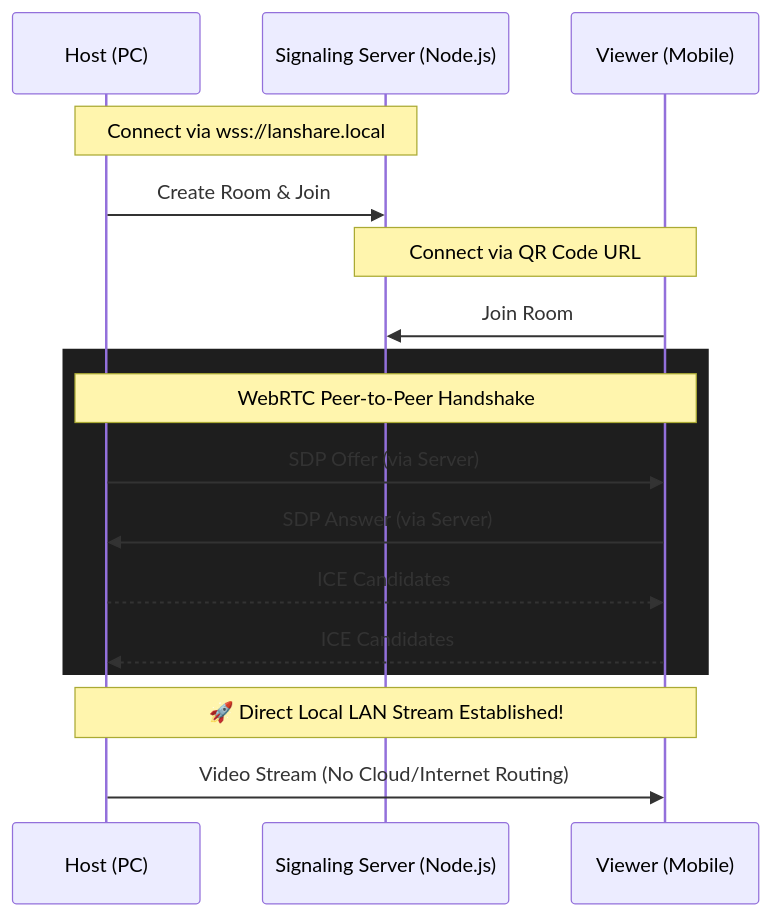
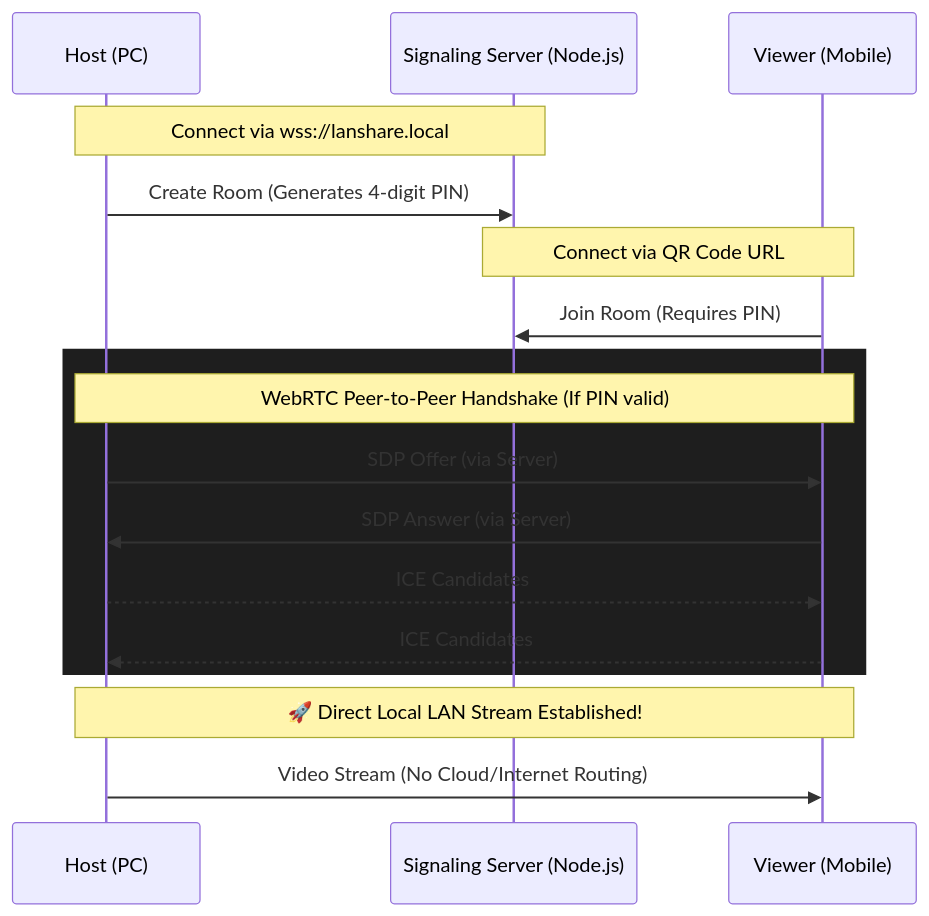
The diagram in README.md (badhonvitality/lanshare), drawn with Mermaid before and after one commit. The commit also changed other lines of this file, not shown here.

Commit message:
docs: update architecture and features for enterprise additions

````diff
--- a/README.md
+++ b/README.md
@@ -54,22 +56,22 @@
 ```mermaid
 sequenceDiagram
     participant H as Host (PC)
     participant S as Signaling Server (Node.js)
     participant V as Viewer (Mobile)
     
     Note over H,S: Connect via wss://lanshare.local
-    H->>S: Create Room & Join
+    H->>S: Create Room (Generates 4-digit PIN)
     Note over V,S: Connect via QR Code URL
-    V->>S: Join Room
+    V->>S: Join Room (Requires PIN)
     
     rect rgb(30, 30, 30)
-    Note over H,V: WebRTC Peer-to-Peer Handshake
+    Note over H,V: WebRTC Peer-to-Peer Handshake (If PIN valid)
     H->>V: SDP Offer (via Server)
     V->>H: SDP Answer (via Server)
     H-->>V: ICE Candidates
     V-->>H: ICE Candidates
     end
     
     Note over H,V: 🚀 Direct Local LAN Stream Established!
     H->>V: Video Stream (No Cloud/Internet Routing)
 ```
````
